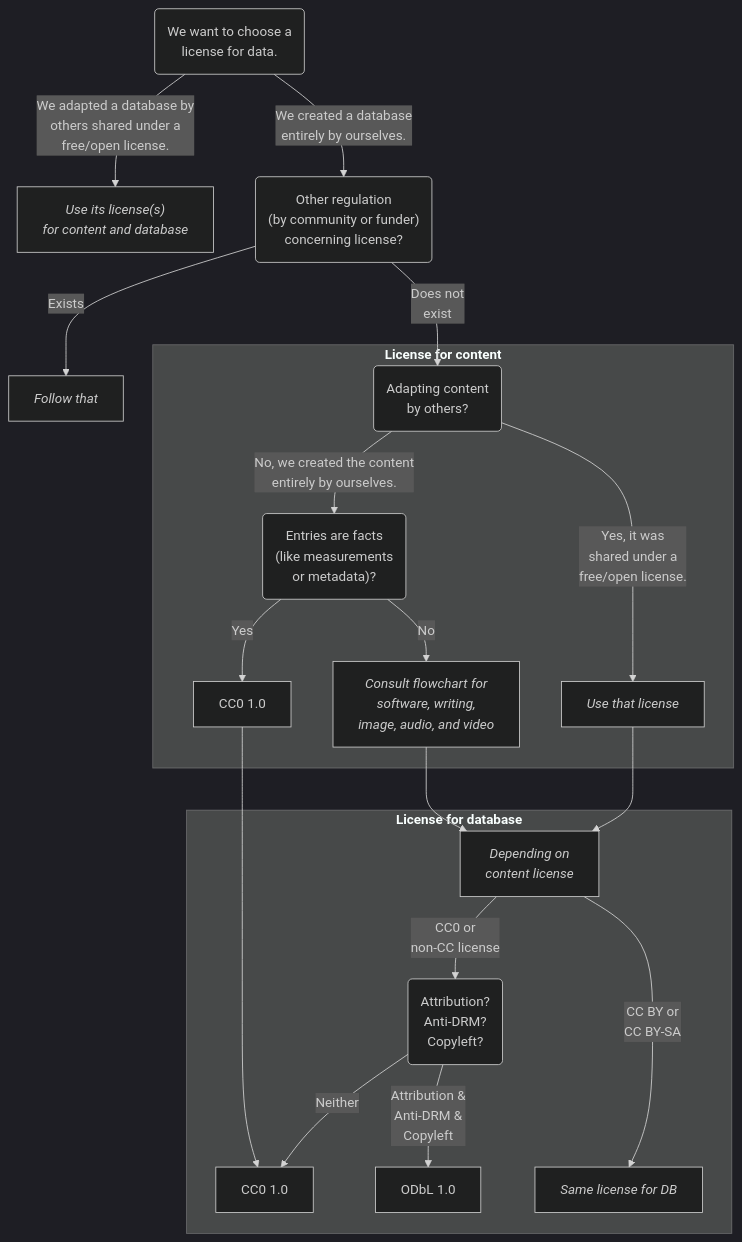
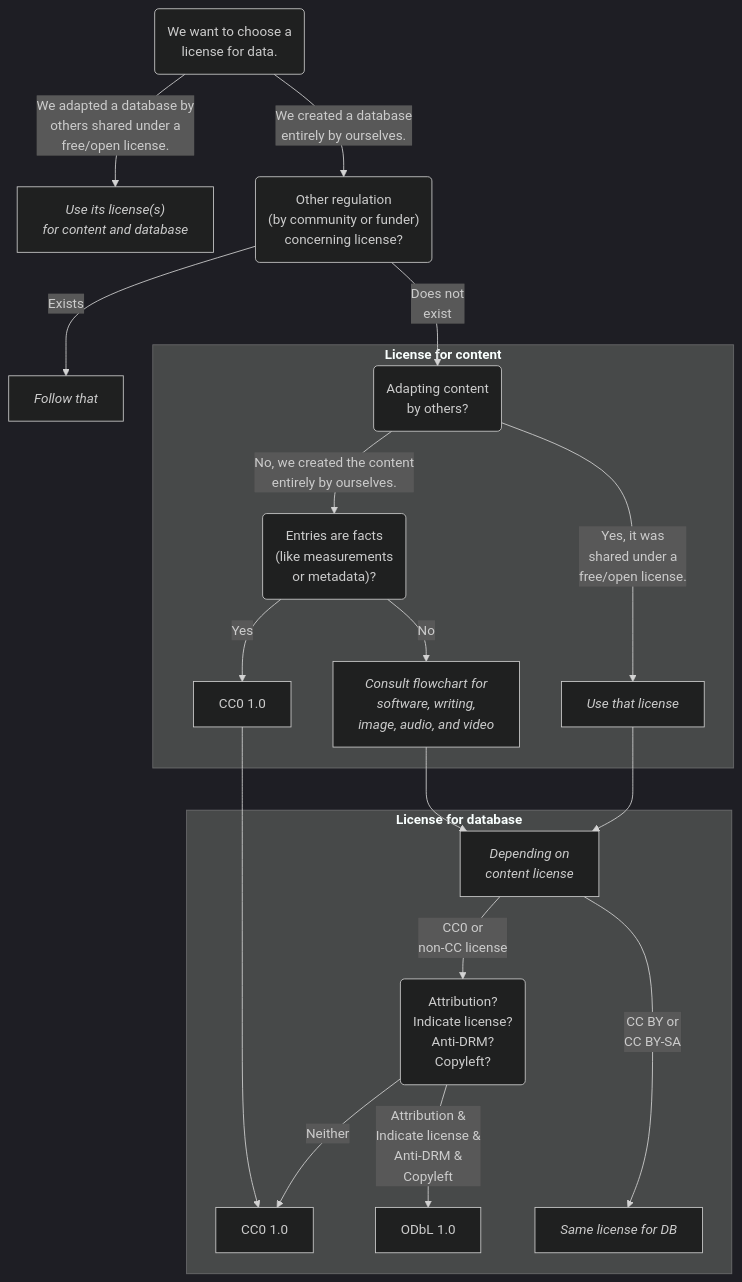
Before and after one commit to lmu-osc/code-publishing-short: the third of 3 diagrams in choose_license.qmd, drawn with Mermaid (dark theme). The commit also changed other lines of this file and 14 other files, not shown here.

````diff
--- a/choose_license.qmd
+++ b/choose_license.qmd
@@ -366,34 +996,34 @@
 ```{mermaid}
 flowchart TB
   start("We want to choose a<br>license for data.") --"We adapted a database by<br>others shared under a<br>free/open license."--> use_existing_license_db["<em>Use its license(s)<br>for content and database</em>"]
   start --"We created a database<br>entirely by ourselves."--> regulation("Other regulation<br>(by community or funder)<br>concerning license?")
   
   regulation --"Exists"--> follow_existing_norms["<em>Follow that</em>"]
   regulation --"Does not<br>exist"--> existing_license_content("Adapting content<br> by others?")
   
   subgraph content["<strong>License for content</strong>"]
   existing_license_content --"No, we created the content<br>entirely by ourselves."--> facts("Entries are facts<br>(like measurements<br>or metadata)?")
   existing_license_content --"Yes, it was<br>shared under a<br>free/open license."--> use_existing_license_content["<em>Use that license</em>"]
   facts --"Yes"--> cc0_content_metadata["CC0 1.0"]
   facts --"No"--> choose_license["<em>Consult flowchart for<br>software, writing,<br>image, audio, and video</em>"]
   end
   
   subgraph database["<strong>License for database</strong>"]
   choose_license --> switch_license["<em>Depending on<br>content license</em>"]
   use_existing_license_content --> switch_license
   
   cc0_content_metadata --> cc0_db["CC0 1.0"]
-  switch_license --"CC0 or<br>non-CC license"--> sa("Attribution?<br>Anti-DRM?<br>Copyleft?")
+  switch_license --"CC0 or<br>non-CC license"--> sa("Attribution?<br>Indicate license?<br>Anti-DRM?<br>Copyleft?")
   switch_license --"CC BY or<br>CC BY-SA"--> same["<em>Same license for DB</em>"]
   
   sa --"Neither"--> cc0_db
-  sa --"Attribution &<br>Anti-DRM &<br>Copyleft"--> odbl["ODbL 1.0"]
+  sa --"Attribution &<br>Indicate license &<br>Anti-DRM &<br>Copyleft"--> odbl["ODbL 1.0"]
   
   %% the following link is only added to have terminal nodes on the same level
   sa ~~~ same
   end
   
   click cc0_content_metadata href "https://creativecommons.org/publicdomain/zero/1.0/"
   click cc0_db href "https://creativecommons.org/publicdomain/zero/1.0/"
   click odbl href "https://opendatacommons.org/licenses/odbl/summary/"
 ```
````
